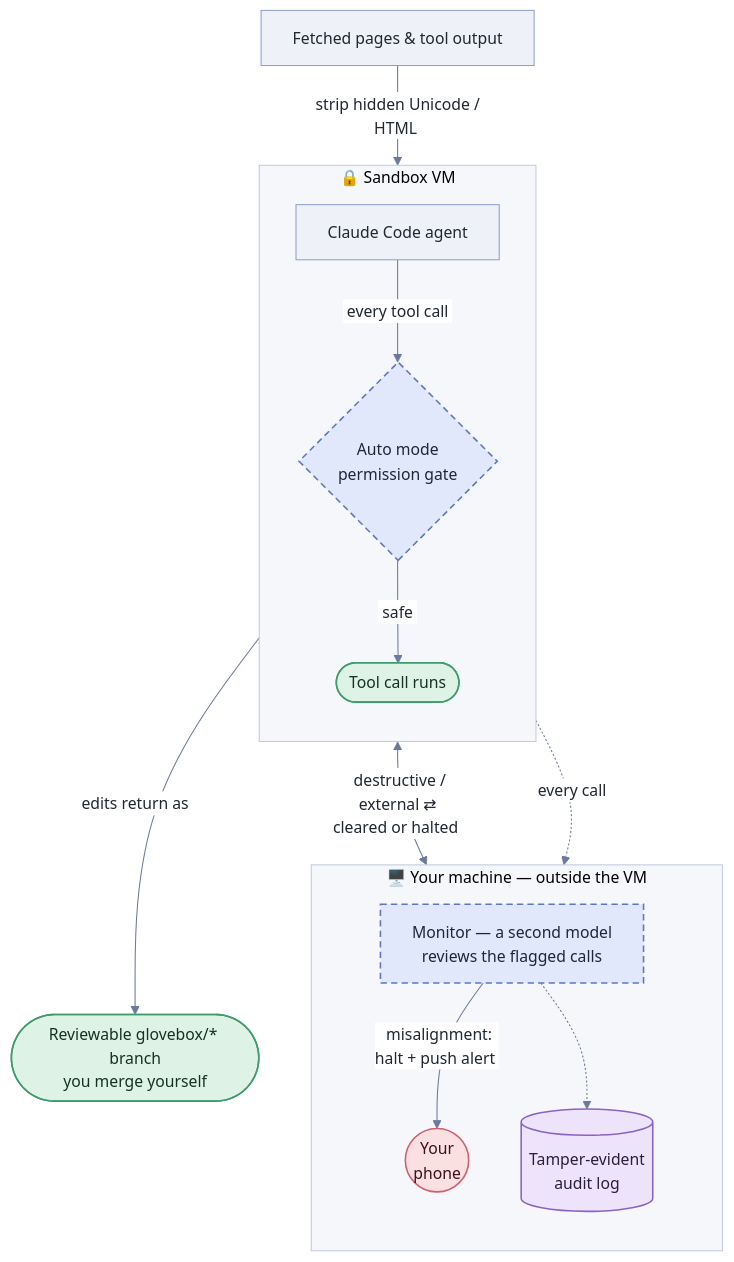
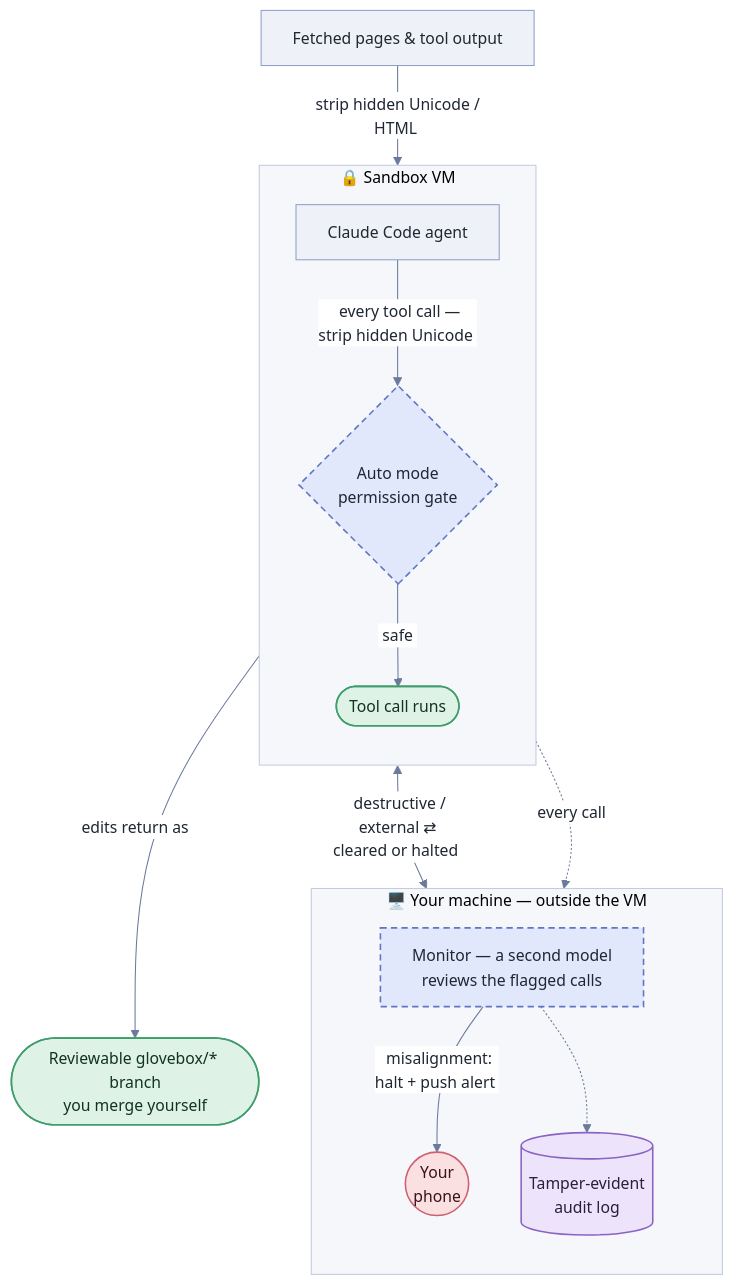
Before and after one commit to alexander-turner/TurnTrout.com: the diagram in quartz/plugins/transformers/.readme-snapshots/alexander-turner__claude-guard__main__README.md, drawn with Mermaid. The commit also changed other lines of this file and 1 other file, not shown here.

Commit message:
chore(readmes): refresh external README snapshots

````diff
--- a/quartz/plugins/transformers/.readme-snapshots/alexander-turner__claude-guard__main__README.md
+++ b/quartz/plugins/transformers/.readme-snapshots/alexander-turner__claude-guard__main__README.md
@@ -120,48 +120,48 @@
 ```mermaid
 %%{init: {'theme':'base','themeVariables':{
   'fontSize':'15px',
   'primaryColor':'#eef1f8',
   'primaryTextColor':'#1f2733',
   'primaryBorderColor':'#8fa0c8',
   'lineColor':'#6b7a9c',
   'clusterBkg':'#f5f7fb',
   'clusterBorder':'#c2cbe0',
   'edgeLabelBackground':'#ffffff'
 }, 'themeCSS': '.node .label, .node .label foreignObject, .node .nodeLabel { overflow: visible; }'}}%%
 flowchart TB
     IN["Fetched pages &amp; tool output"]
 
     subgraph VM["🔒 Sandbox VM"]
         direction TB
         AGENT["Claude Code agent"]
         AUTO{"Auto mode<br/>permission gate"}
         RUN(["Tool call runs"])
     end
 
     subgraph HOST["🖥️ Your machine — outside the VM"]
         direction TB
         MON["Monitor — a second model<br/>reviews the flagged calls"]
         AUDIT[("Tamper-evident<br/>audit log")]
         PHONE(("Your<br/>phone"))
     end
 
     BRANCH(["Reviewable glovebox/* branch<br/>you merge yourself"])
 
     IN -->|"&nbsp;strip hidden Unicode / HTML&nbsp;"| VM
-    AGENT -->|"&nbsp;every tool call&nbsp;"| AUTO
+    AGENT -->|"&nbsp;every tool call —<br/>strip hidden Unicode&nbsp;"| AUTO
     AUTO -->|"&nbsp;safe&nbsp;"| RUN
     AUTO <-->|"&nbsp;destructive /<br/>external ⇄<br/>cleared or halted&nbsp;"| MON
     MON -->|"&nbsp;misalignment:<br/>halt + push alert&nbsp;"| PHONE
     AUTO -.->|"&nbsp;every call&nbsp;"| AUDIT
     MON -.-> AUDIT
     RUN -->|"&nbsp;edits return as&nbsp;"| BRANCH
 
     classDef filter fill:#e2e8fb,stroke:#5f76c4,stroke-width:1.5px,stroke-dasharray:6 4,color:#1f2733
     classDef safe fill:#dff2e6,stroke:#3f9d6b,stroke-width:1.5px,color:#12331f
     classDef store fill:#ede4fb,stroke:#8a63c4,stroke-width:1.5px,color:#2a1f3a
     classDef alert fill:#fbe0e2,stroke:#d06070,stroke-width:1.5px,color:#3a1216
     class AUTO,MON filter
     class RUN,BRANCH safe
     class AUDIT store
     class PHONE alert
 ```
````
